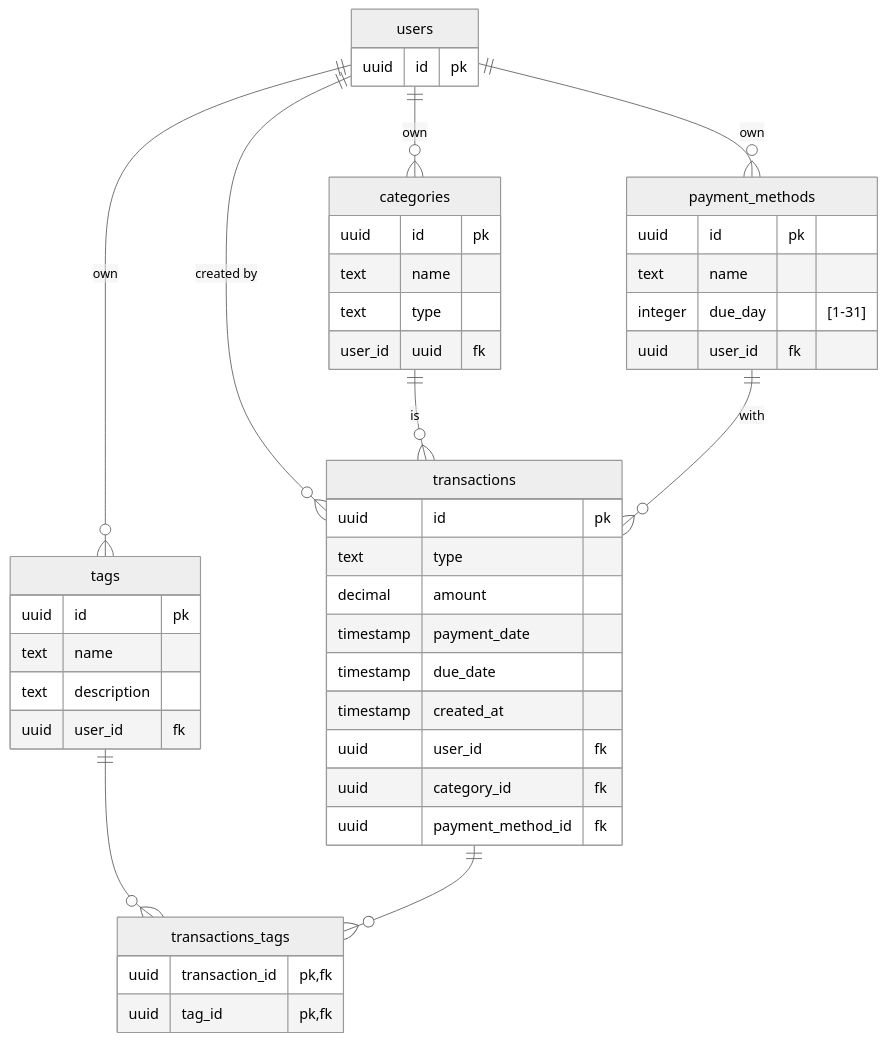
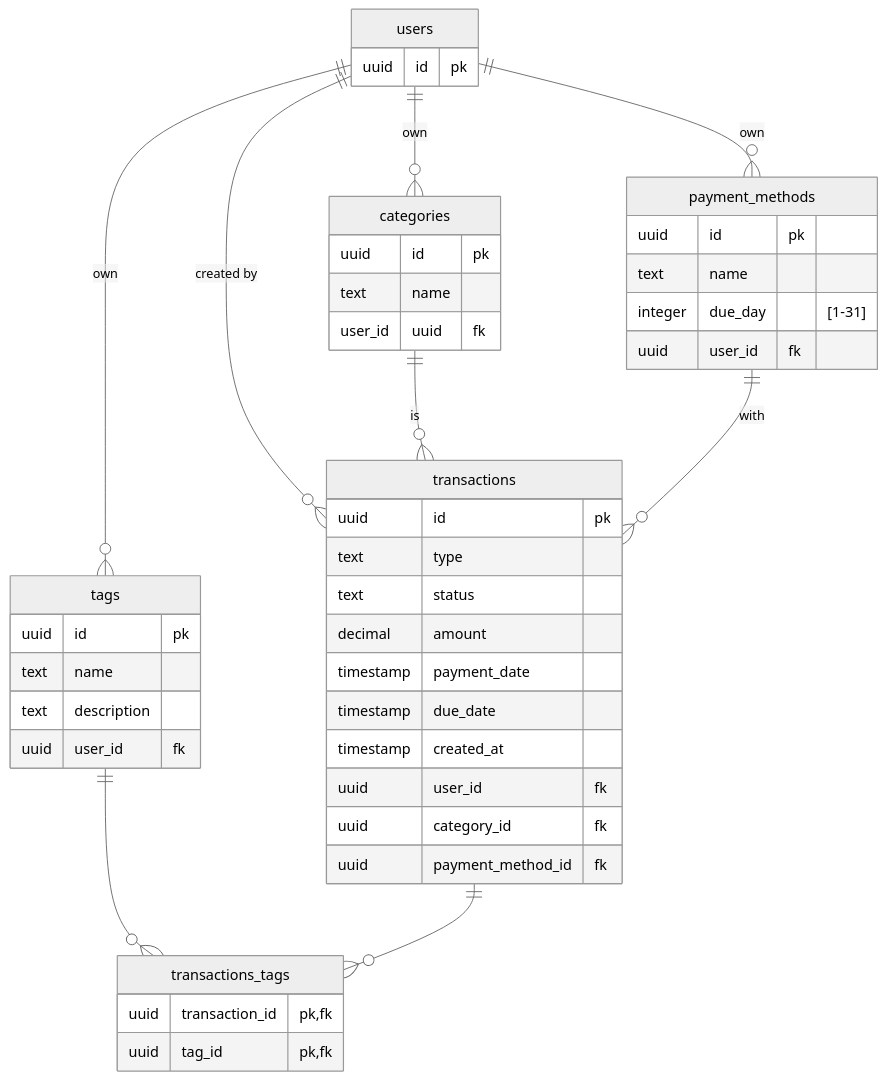
The diagram in docs/diagrams/ER.md (gabrielpandrade/financeiro), drawn with Mermaid (neutral theme) before and after one commit. The commit also changed 1 other file, not shown here.

Commit message:
update: refactor transaction (add: status)

````diff
--- a/docs/diagrams/ER.md
+++ b/docs/diagrams/ER.md
@@ -1,58 +1,58 @@
 ```mermaid
 erDiagram
     users {
         uuid id pk
     }
 
     tags {
         uuid id pk
         text name
         text description
         uuid user_id fk
     }
 
     transactions_tags {
         uuid transaction_id pk,fk
         uuid tag_id pk,fk
     }
 
     categories {
         uuid id pk
         text name
-        text type
         user_id uuid fk
     }
 
     payment_methods {
         uuid id pk
         text name
         integer due_day "[1-31]" 
         uuid user_id fk
     }
 
     transactions {
         uuid id pk
         text type
+        text status
         decimal amount
         timestamp payment_date
         timestamp due_date
         timestamp created_at
         uuid user_id fk
         uuid category_id fk
         uuid payment_method_id fk
     }
 
     users ||--o{ tags : "own"
     users ||--o{ categories : "own"
     users ||--o{ payment_methods : "own"
     users ||--o{ transactions : "created by"
 
     tags ||--o{ transactions_tags : ""
 
     transactions ||--o{ transactions_tags : ""
 
     categories ||--o{ transactions : "is"
 
     payment_methods ||--o{ transactions : "with"
 
 ```
````
